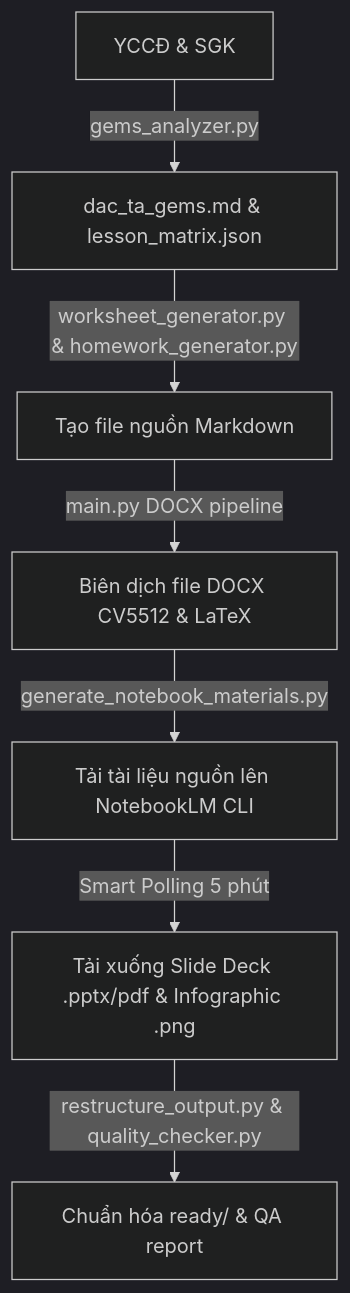
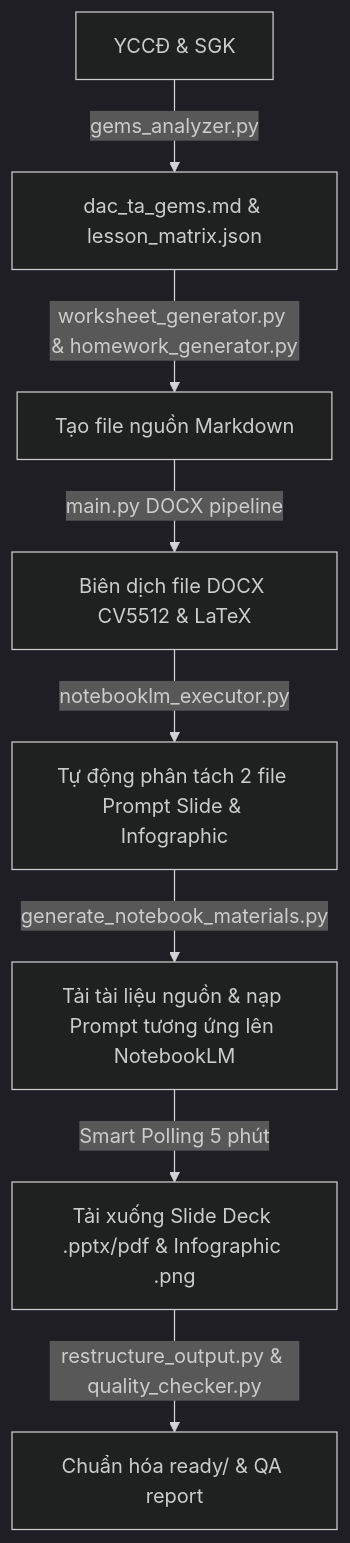
Before and after one commit to kkhmn4/soan-tai-lieu: the diagram in readme.md, drawn with Mermaid (dark theme). The commit also changed other lines of this file and 111 other files, not shown here.

````diff
--- a/readme.md
+++ b/readme.md
@@ -44,9 +44,10 @@
 ```mermaid
 graph TD
     A[YCCĐ & SGK] -->|gems_analyzer.py| B[dac_ta_gems.md & lesson_matrix.json]
     B -->|worksheet_generator.py & homework_generator.py| C[Tạo file nguồn Markdown]
     C -->|main.py DOCX pipeline| D[Biên dịch file DOCX CV5512 & LaTeX]
-    D -->|generate_notebook_materials.py| E[Tải tài liệu nguồn lên NotebookLM CLI]
-    E -->|Smart Polling 5 phút| F[Tải xuống Slide Deck .pptx/pdf & Infographic .png]
-    F -->|restructure_output.py & quality_checker.py| G[Chuẩn hóa ready/ & QA report]
+    D -->|notebooklm_executor.py| E[Tự động phân tách 2 file Prompt Slide & Infographic]
+    E -->|generate_notebook_materials.py| F[Tải tài liệu nguồn & nạp Prompt tương ứng lên NotebookLM]
+    F -->|Smart Polling 5 phút| G[Tải xuống Slide Deck .pptx/pdf & Infographic .png]
+    G -->|restructure_output.py & quality_checker.py| H[Chuẩn hóa ready/ & QA report]
 ```
````
